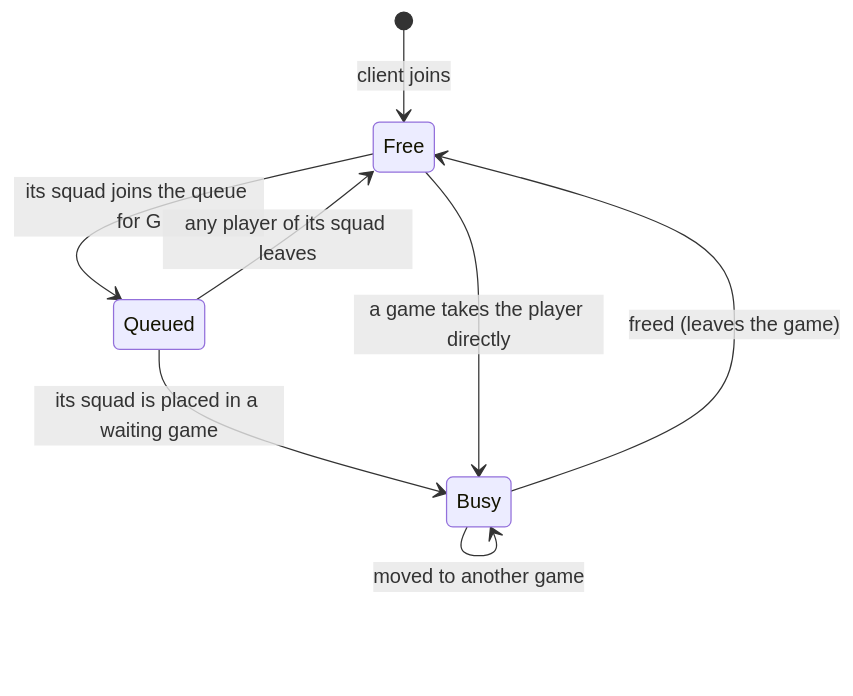
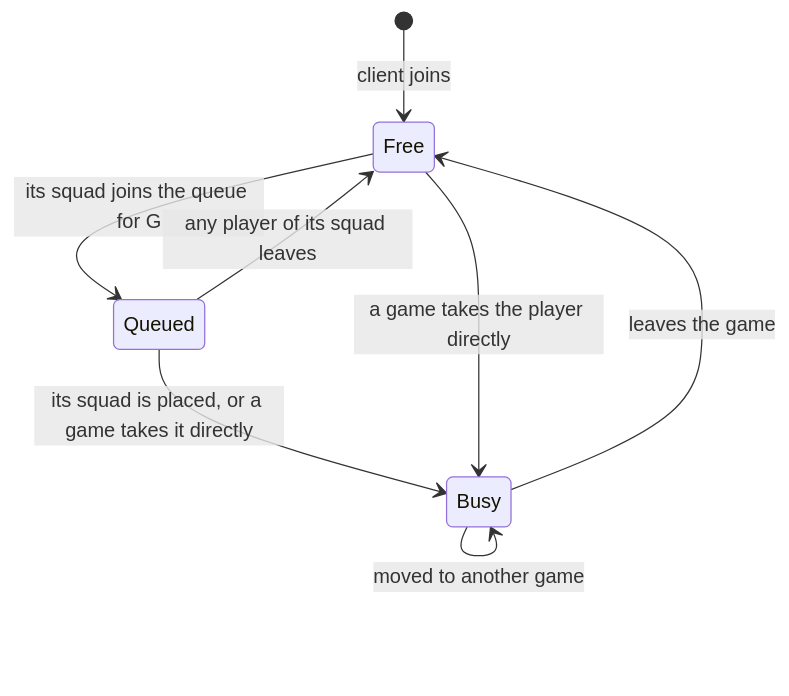
The diagram in crates/minigames_queue/docs/queue-status.md (Shyrogan/minigames), drawn with Mermaid before and after one commit. The commit also changed other lines of this file and 27 other files, not shown here.

````diff
--- a/crates/minigames_queue/docs/queue-status.md
+++ b/crates/minigames_queue/docs/queue-status.md
@@ -5,10 +5,10 @@
 ```mermaid
 stateDiagram-v2
     [*] --> Free: client joins
     Free --> Queued: its squad joins the queue for G
     Queued --> Free: any player of its squad leaves
-    Queued --> Busy: its squad is placed in a waiting game
+    Queued --> Busy: its squad is placed, or a game takes it directly
     Free --> Busy: a game takes the player directly
     Busy --> Busy: moved to another game
-    Busy --> Free: freed (leaves the game)
+    Busy --> Free: leaves the game
 ```
````
